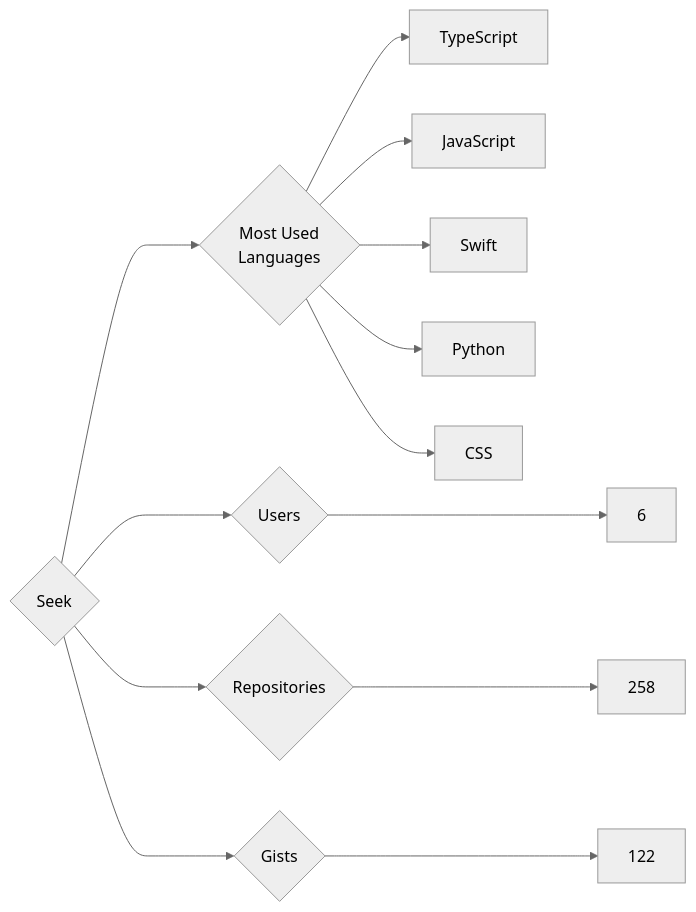
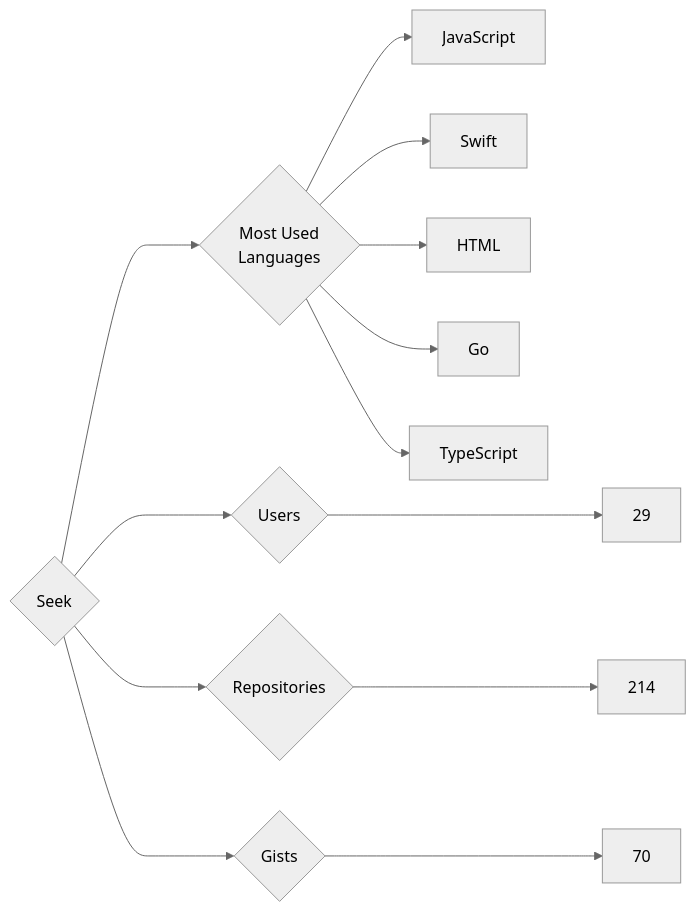
The diagram in targets/Seek/README.md (trickest/insiders), drawn with Mermaid (neutral theme) before and after one commit. The commit also changed 928 other files, not shown here.

````diff
--- a/targets/Seek/README.md
+++ b/targets/Seek/README.md
@@ -3,13 +3,13 @@
 ```mermaid
 graph LR
 COMPANY_NAME{Seek}
-COMPANY_NAME ---> U{Users} ---> UN[6]
-COMPANY_NAME ---> R{Repositories} ---> RN[258]
-COMPANY_NAME ---> G{Gists} ---> GN[122]
+COMPANY_NAME ---> U{Users} ---> UN[29]
+COMPANY_NAME ---> R{Repositories} ---> RN[214]
+COMPANY_NAME ---> G{Gists} ---> GN[70]
 COMPANY_NAME ---> ML{Most Used<br>Languages}
-ML --> TypeScript[TypeScript]
 ML --> JavaScript[JavaScript]
 ML --> Swift[Swift]
-ML --> Python[Python]
-ML --> CSS[CSS]
+ML --> HTML[HTML]
+ML --> Go[Go]
+ML --> TypeScript[TypeScript]
 ```
````
